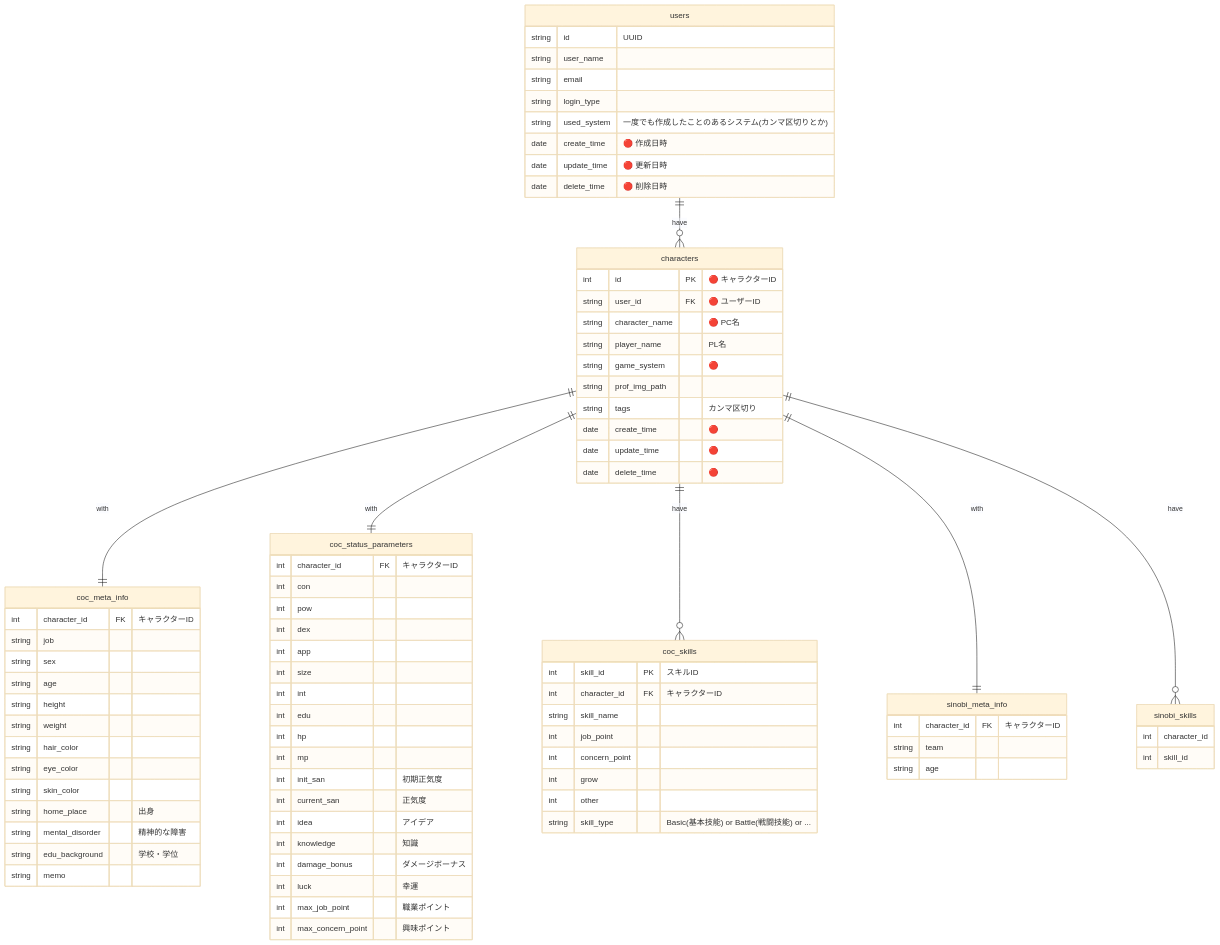
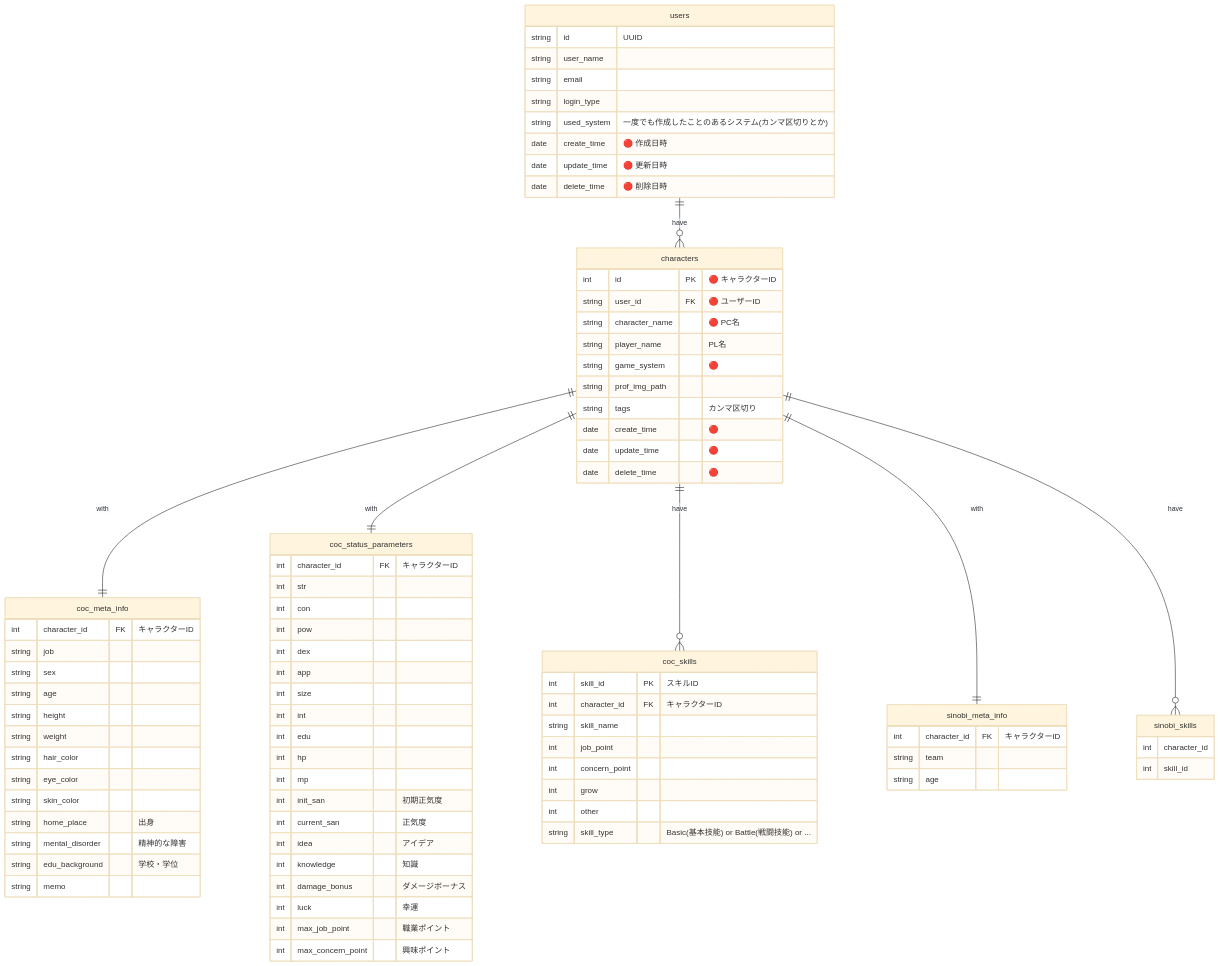
Before and after one commit to kitsystemyou/character-manager-backend: the diagram in docs/enthithi.md, drawn with Mermaid (base theme). The commit also changed 2 other files, not shown here.

Commit message:
Fix str column

```diff
--- a/docs/enthithi.md
+++ b/docs/enthithi.md
@@ -51,6 +51,7 @@
 
 coc_status_parameters {
   int character_id FK "キャラクターID"
+  int str
   int con
   int pow
   int dex
```
